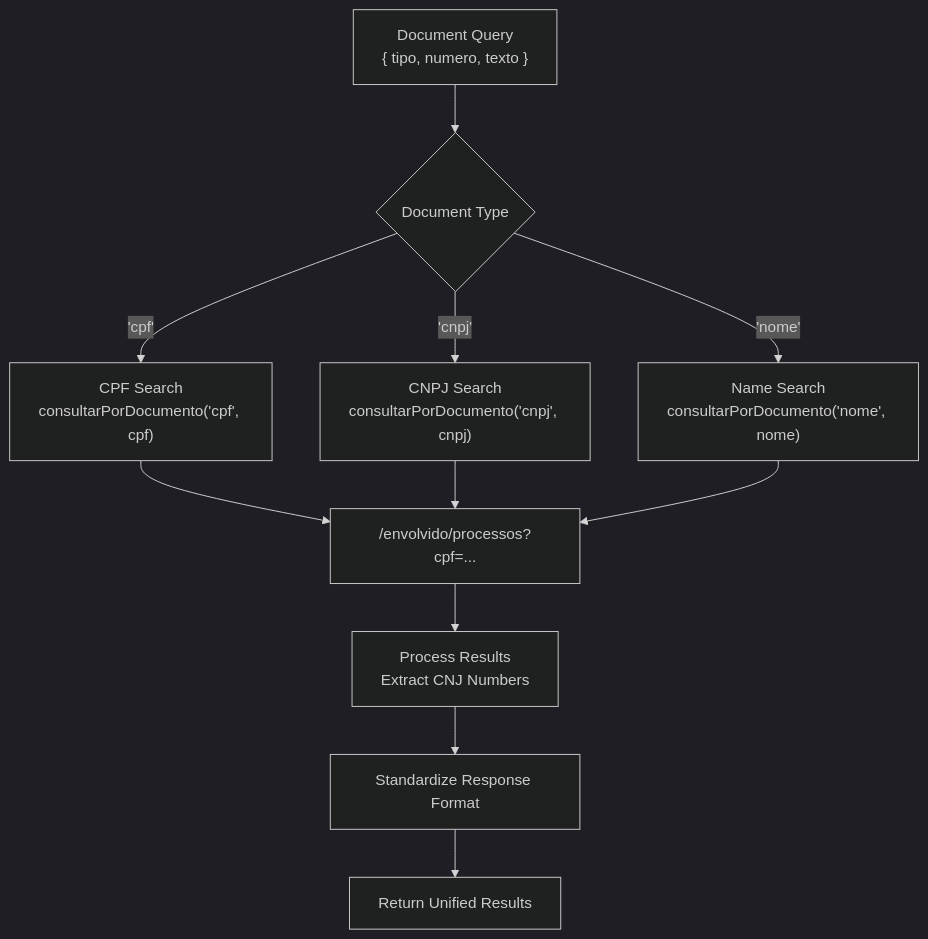
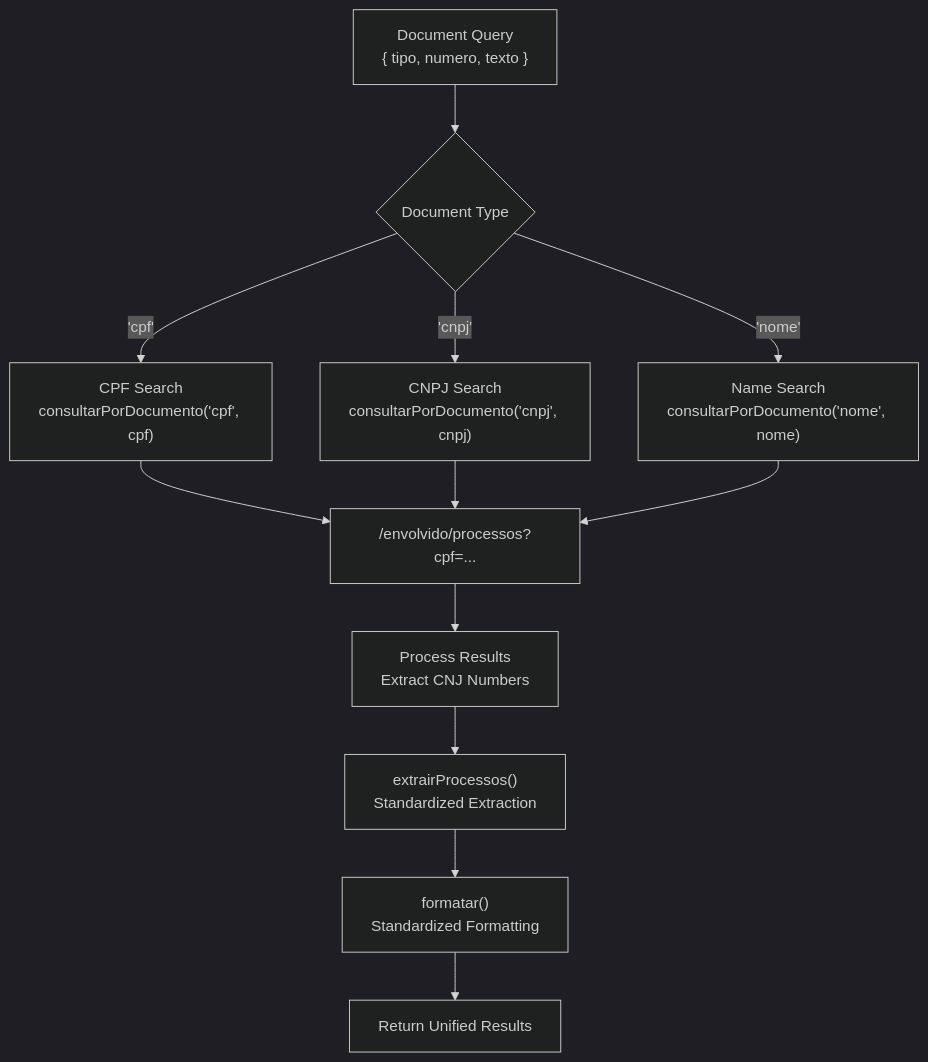
Before and after one commit to Alexandrexicara/bot-processos: the tenth of 13 diagrams in .qoder/repowiki/en/content/API Integration Layer/API Integration Layer.md, drawn with Mermaid (dark theme). The commit also changed other lines of this file and 2 other files, not shown here.

````diff
--- a/.qoder/repowiki/en/content/API Integration Layer/API Integration Layer.md
+++ b/.qoder/repowiki/en/content/API Integration Layer/API Integration Layer.md
@@ -477,13 +520,14 @@
 ```mermaid
 flowchart TD
 DocumentQuery["Document Query<br/>{ tipo, numero, texto }"] --> CheckType{"Document Type"}
 CheckType --> |'cpf'| CPFSearch["CPF Search<br/>consultarPorDocumento('cpf', cpf)"]
 CheckType --> |'cnpj'| CNPJSearch["CNPJ Search<br/>consultarPorDocumento('cnpj', cnpj)"]
 CheckType --> |'nome'| NameSearch["Name Search<br/>consultarPorDocumento('nome', nome)"]
 CPFSearch --> DocumentEndpoint["/envolvido/processos?cpf=..."]
 CNPJSearch --> DocumentEndpoint
 NameSearch --> DocumentEndpoint
 DocumentEndpoint --> ProcessResults["Process Results<br/>Extract CNJ Numbers"]
-ProcessResults --> Standardize["Standardize Response Format"]
-Standardize --> ReturnResults["Return Unified Results"]
+ProcessResults --> ExtractFunction["extrairProcessos()<br/>Standardized Extraction"]
+ExtractFunction --> FormatFunction["formatar()<br/>Standardized Formatting"]
+FormatFunction --> ReturnResults["Return Unified Results"]
 ```
````
